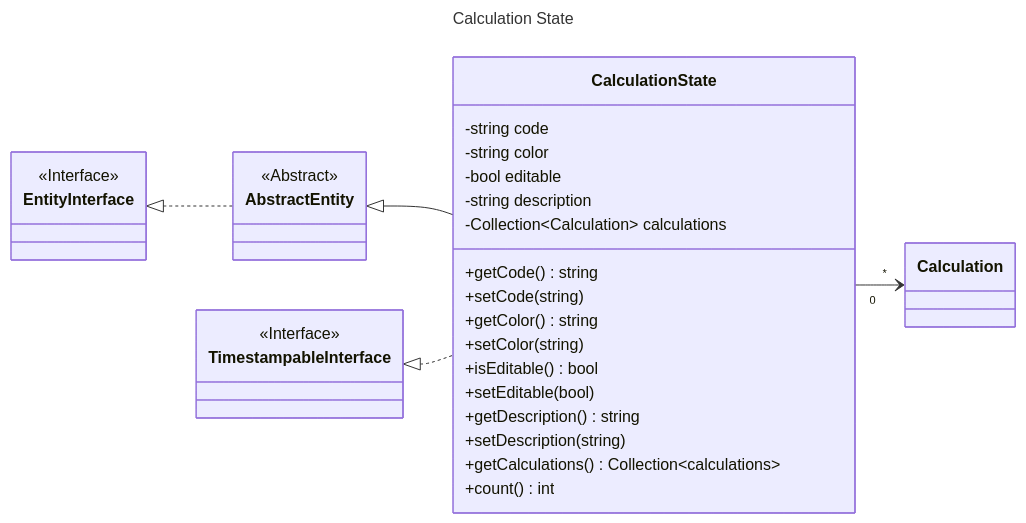
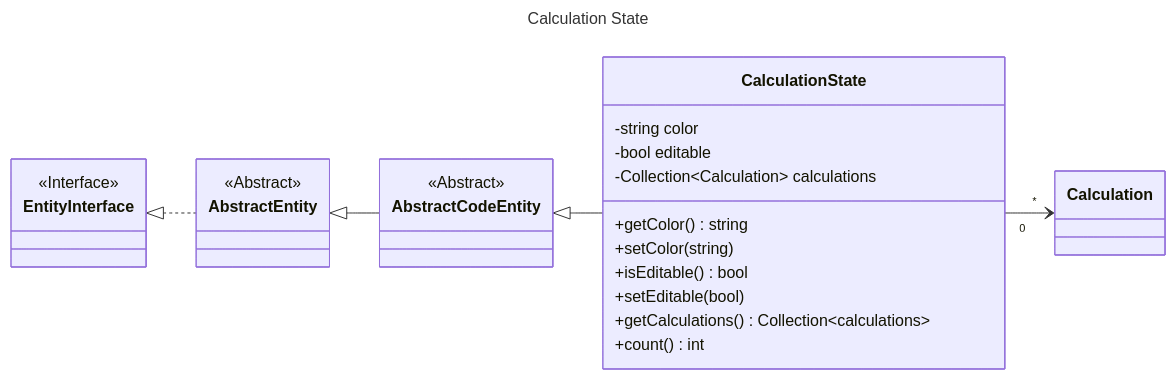
Before and after one commit to laurentmuller/calculation: the diagram in resources/diagrams/calculation_state.mmd, drawn with Mermaid. The commit also changed 20 other files, not shown here.

Commit message:
Updated diagram script.

```diff
--- a/resources/diagrams/calculation_state.mmd
+++ b/resources/diagrams/calculation_state.mmd
@@ -1,45 +1,41 @@
 ---
 title: Calculation State
 ---
 
 classDiagram
     direction LR
 
     class CalculationState {
-        -string code
         -string color
         -bool editable
-        -string description
         -Collection~Calculation~ calculations
-        +getCode() string
-        +setCode(string)
         +getColor() string
         +setColor(string)
         +isEditable() bool
         +setEditable(bool)
-        +getDescription() string
-        +setDescription(string)
         +getCalculations() Collection~calculations~
         +count() int
     }
 
     class AbstractEntity {
         <<Abstract>>
     }
+
+    class AbstractCodeEntity {
+        <<Abstract>>
+    }
+
     class EntityInterface {
         <<Interface>>
     }
 
-    class TimestampableInterface {
-        <<Interface>>
-    }
+    EntityInterface <|.. AbstractEntity
+    AbstractCodeEntity <|-- CalculationState
+    AbstractEntity <|-- AbstractCodeEntity
 
-    EntityInterface <|.. AbstractEntity
-    AbstractEntity <|-- CalculationState
     CalculationState "0" --> "*" Calculation
-    TimestampableInterface <|.. CalculationState
 
     click EntityInterface call nodeCallback()
     click AbstractEntity call nodeCallback()
+    click AbstractCodeEntity call nodeCallback()
     click Calculation call nodeCallback()
-    click TimestampableInterface call nodeCallback()
```
